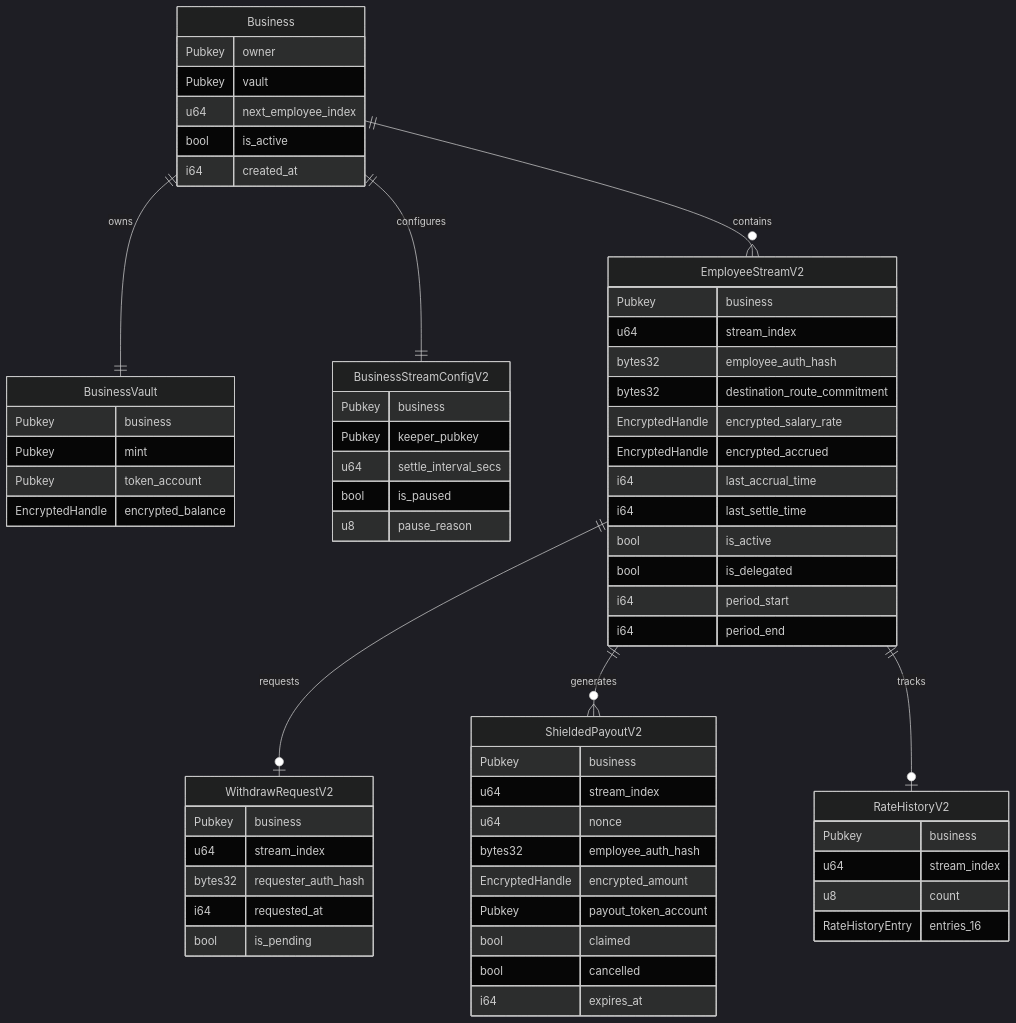
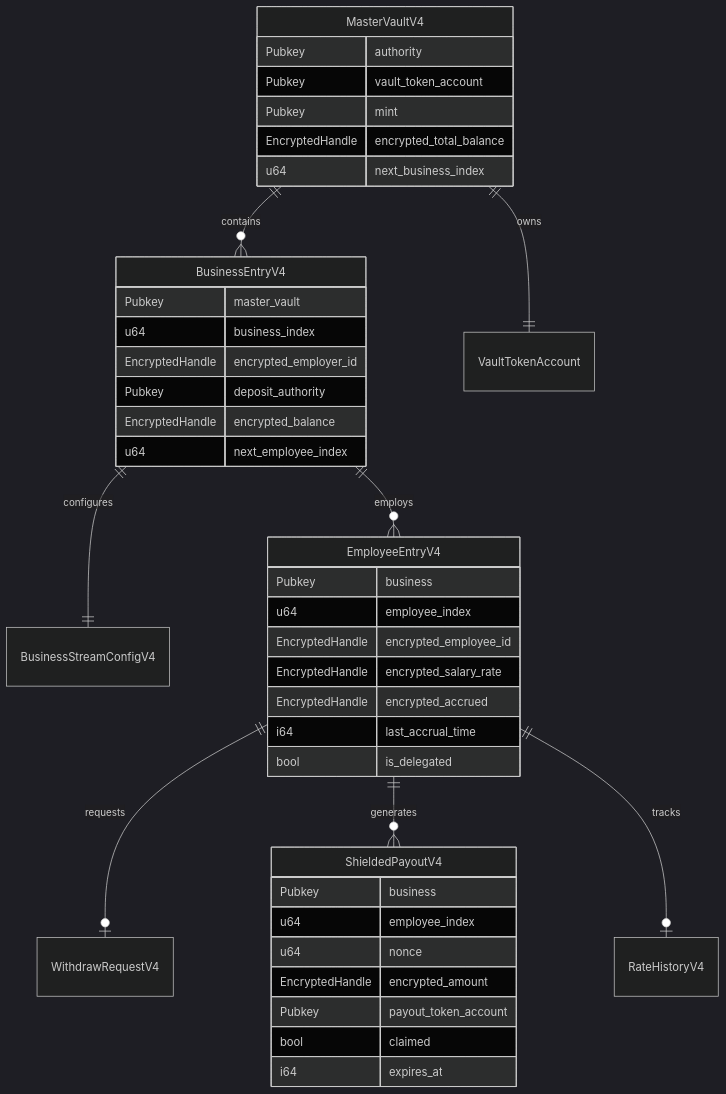
Before and after one commit to shumhn/Expensee: the third of 3 diagrams in README.md, drawn with Mermaid (dark theme). The commit also changed other lines of this file, not shown here.

````diff
--- a/README.md
+++ b/README.md
@@ -665,74 +215,47 @@
 ```mermaid
 erDiagram
-    Business ||--|| BusinessVault : "owns"
-    Business ||--|| BusinessStreamConfigV2 : "configures"
-    Business ||--o{ EmployeeStreamV2 : "contains"
-    EmployeeStreamV2 ||--o| WithdrawRequestV2 : "requests"
-    EmployeeStreamV2 ||--o{ ShieldedPayoutV2 : "generates"
-    EmployeeStreamV2 ||--o| RateHistoryV2 : "tracks"
+    MasterVaultV4 ||--o{ BusinessEntryV4 : "contains"
+    MasterVaultV4 ||--|| VaultTokenAccount : "owns"
+    BusinessEntryV4 ||--|| BusinessStreamConfigV4 : "configures"
+    BusinessEntryV4 ||--o{ EmployeeEntryV4 : "employs"
+    EmployeeEntryV4 ||--o| WithdrawRequestV4 : "requests"
+    EmployeeEntryV4 ||--o{ ShieldedPayoutV4 : "generates"
+    EmployeeEntryV4 ||--o| RateHistoryV4 : "tracks"
 
-    Business {
-        Pubkey owner
-        Pubkey vault
-        u64 next_employee_index
-        bool is_active
-        i64 created_at
+    MasterVaultV4 {
+        Pubkey authority
+        Pubkey vault_token_account
+        Pubkey mint
+        EncryptedHandle encrypted_total_balance
+        u64 next_business_index
     }
 
-    BusinessVault {
-        Pubkey business
-        Pubkey mint
-        Pubkey token_account
+    BusinessEntryV4 {
+        Pubkey master_vault
+        u64 business_index
+        EncryptedHandle encrypted_employer_id
+        Pubkey deposit_authority
         EncryptedHandle encrypted_balance
+        u64 next_employee_index
     }
 
-    BusinessStreamConfigV2 {
+    EmployeeEntryV4 {
         Pubkey business
-        Pubkey keeper_pubkey
-        u64 settle_interval_secs
-        bool is_paused
-        u8 pause_reason
-    }
-
-    EmployeeStreamV2 {
-        Pubkey business
-        u64 stream_index
-        bytes32 employee_auth_hash
-        bytes32 destination_route_commitment
+        u64 employee_index
+        EncryptedHandle encrypted_employee_id
         EncryptedHandle encrypted_salary_rate
         EncryptedHandle encrypted_accrued
         i64 last_accrual_time
-        i64 last_settle_time
-        bool is_active
         bool is_delegated
-        i64 period_start
-        i64 period_end
     }
 
-    ShieldedPayoutV2 {
+    ShieldedPayoutV4 {
         Pubkey business
-        u64 stream_index
+        u64 employee_index
         u64 nonce
-        bytes32 employee_auth_hash
         EncryptedHandle encrypted_amount
         Pubkey payout_token_account
         bool claimed
-        bool cancelled
         i64 expires_at
     }
-
-    WithdrawRequestV2 {
-        Pubkey business
-        u64 stream_index
-        bytes32 requester_auth_hash
-        i64 requested_at
-        bool is_pending
-    }
-
-    RateHistoryV2 {
-        Pubkey business
-        u64 stream_index
-        u8 count
-        RateHistoryEntry entries_16
-    }
 ```
````
